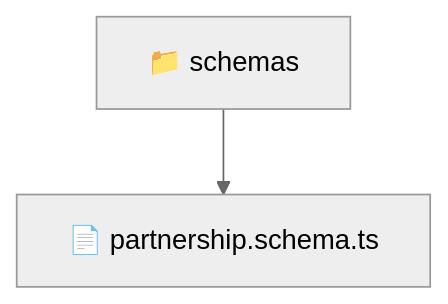
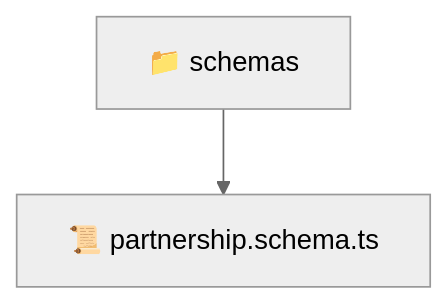
One commit to beginwebdev2002/fullstack-mavluda changed the diagram in backend/src/modules/partnership/infrastructure/schemas/README.md. Above: the diagram before and after it, drawn with Mermaid (neutral theme). The commit also changed other lines of this file and 163 other files, not shown here.

````diff
--- a/backend/src/modules/partnership/infrastructure/schemas/README.md
+++ b/backend/src/modules/partnership/infrastructure/schemas/README.md
@@ -9,5 +9,5 @@
 ```mermaid
 graph TD
-  Root["📁 schemas"]
-  Root --> partnership_schema_ts["📄 partnership.schema.ts"]
+  schemas["📁 schemas"]
+  schemas --> partnership_schema_ts["📜 partnership.schema.ts"]
 ```
````
